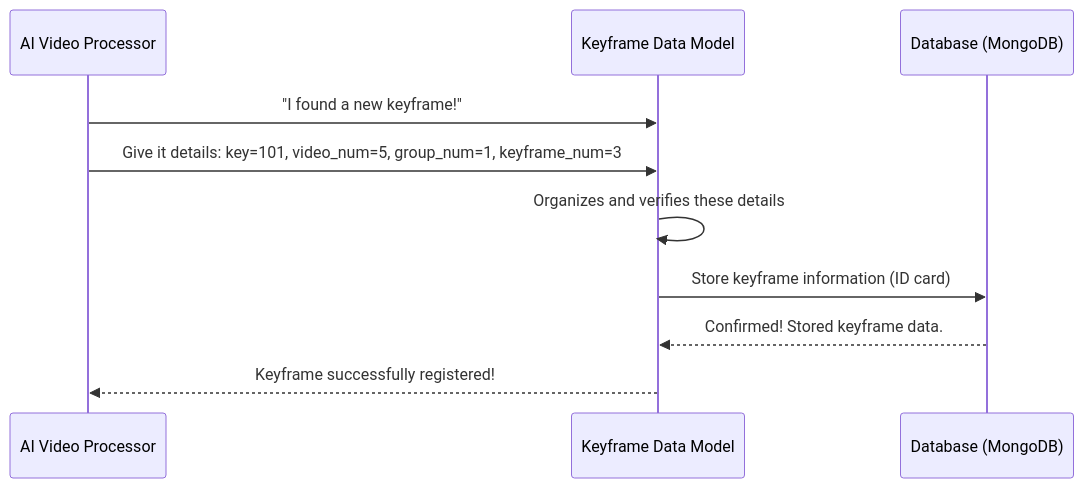
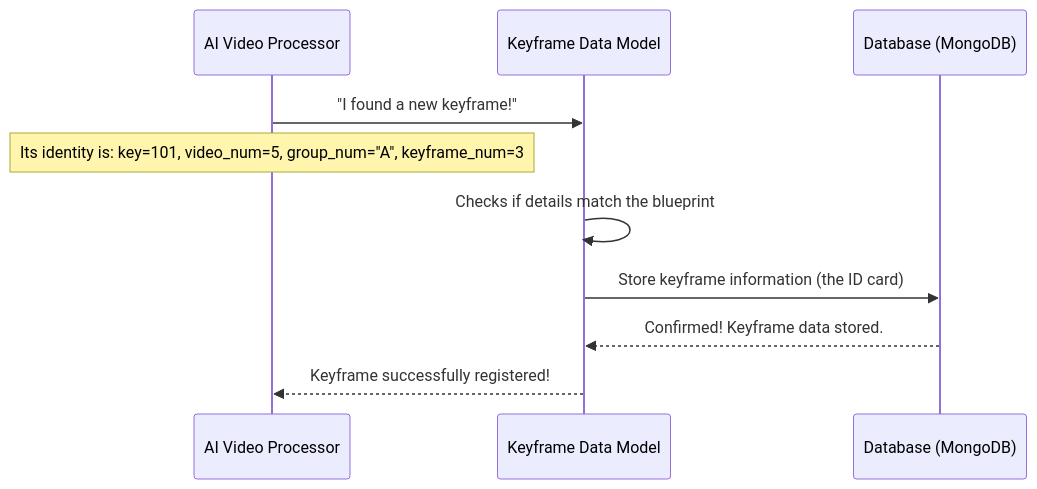
The diagram in Baseline documentations/HCMAI2025_Baseline/01_keyframe_data_model_.md (ThanhDanh1510/Image-Retrieval-System-for-AIC2025), drawn with Mermaid before and after one commit. The commit also changed other lines of this file, not shown here.

First line of the commit message:
Update keyframe data model documentation

````diff
--- a/Baseline documentations/HCMAI2025_Baseline/01_keyframe_data_model_.md
+++ b/Baseline documentations/HCMAI2025_Baseline/01_keyframe_data_model_.md
@@ -32,13 +32,13 @@
 ```mermaid
 sequenceDiagram
     participant VideoProcessor as AI Video Processor
     participant KeyframeModel as Keyframe Data Model
     participant Database as Database (MongoDB)
 
     VideoProcessor->>KeyframeModel: "I found a new keyframe!"
-    VideoProcessor->>KeyframeModel: Give it details: key=101, video_num=5, group_num=1, keyframe_num=3
-    KeyframeModel->>KeyframeModel: Organizes and verifies these details
-    KeyframeModel->>Database: Store keyframe information (ID card)
-    Database-->>KeyframeModel: Confirmed! Stored keyframe data.
+    Note over VideoProcessor: Its identity is: key=101, video_num=5, group_num="A", keyframe_num=3
+    KeyframeModel->>KeyframeModel: Checks if details match the blueprint
+    KeyframeModel->>Database: Store keyframe information (the ID card)
+    Database-->>KeyframeModel: Confirmed! Keyframe data stored.
     KeyframeModel-->>VideoProcessor: Keyframe successfully registered!
 ```
````
